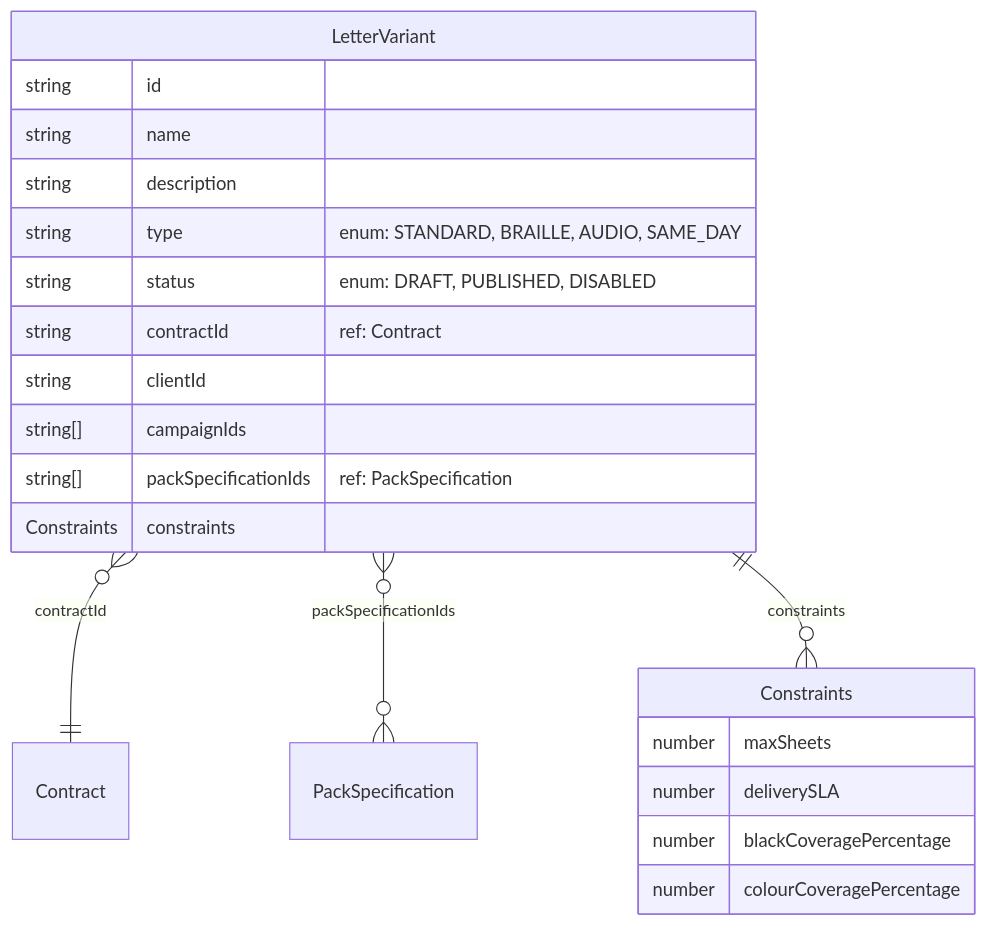
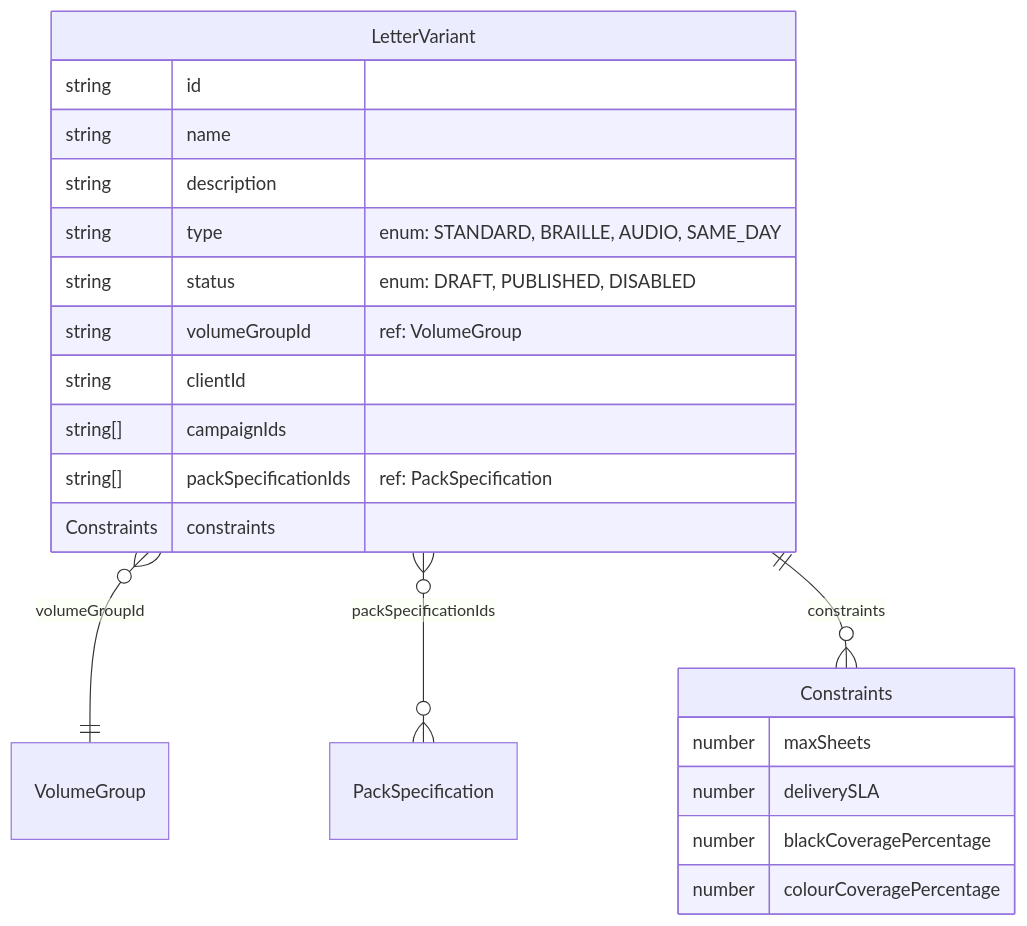
One commit to NHSDigital/nhs-notify-supplier-config changed the second of 5 diagrams in packages/events/src/domain/erd.md. Above: the diagram before and after it, drawn with Mermaid. The commit also changed other lines of this file and 12 other files, not shown here.

Commit message:
Refactor contract references to volume group in schemas and events

````diff
--- a/packages/events/src/domain/erd.md
+++ b/packages/events/src/domain/erd.md
@@ -11,24 +125,24 @@
 ```mermaid
 erDiagram
     LetterVariant {
         string id
         string name
         string description
         string type "enum: STANDARD, BRAILLE, AUDIO, SAME_DAY"
         string status "enum: DRAFT, PUBLISHED, DISABLED"
-        string contractId "ref: Contract"
+        string volumeGroupId "ref: VolumeGroup"
         string clientId
         string[] campaignIds
         string[] packSpecificationIds "ref: PackSpecification"
         Constraints constraints
     }
     Constraints {
         number maxSheets
         number deliverySLA
         number blackCoveragePercentage
         number colourCoveragePercentage
     }
-    LetterVariant }o--|| Contract : "contractId"
+    LetterVariant }o--|| VolumeGroup : "volumeGroupId"
     LetterVariant }o--o{ PackSpecification : "packSpecificationIds"
     LetterVariant ||--o{ Constraints : "constraints"
 ```
````
